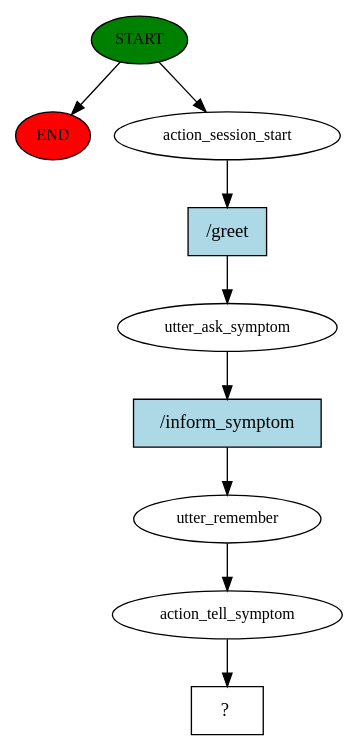
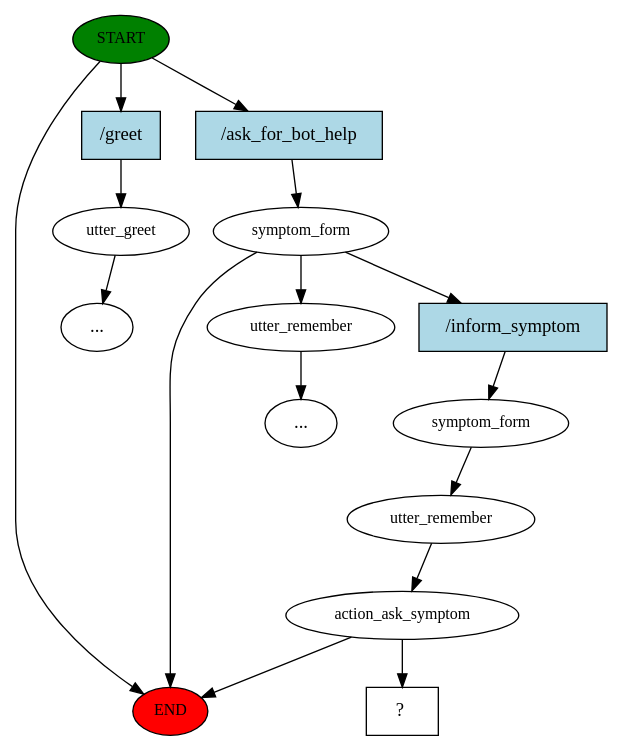
Before and after one commit to khetpatiparn/THAI_MED_BOT: the diagram in story_graph.dot, drawn with Graphviz. The commit also changed 337 other files, not shown here.

```diff
--- a/story_graph.dot
+++ b/story_graph.dot
@@ -1,19 +1,31 @@
 digraph  {
 0 [class="start active", fillcolor=green, fontsize=12, label=START, style=filled];
 "-1" [class=end, fillcolor=red, fontsize=12, label=END, style=filled];
-1 [class=active, fontsize=12, label=action_session_start];
-2 [class=active, fontsize=12, label=utter_ask_symptom];
-3 [class=active, fontsize=12, label=utter_remember];
-4 [class=active, fontsize=12, label=action_tell_symptom];
-5 [class="intent dashed active", label="  ?  ", shape=rect];
-6 [class="intent active", fillcolor=lightblue, label="/greet", shape=rect, style=filled];
-7 [class="intent active", fillcolor=lightblue, label="/inform_symptom", shape=rect, style=filled];
+1 [class="", fontsize=12, label=utter_greet];
+"-5" [class=ellipsis, label="..."];
+4 [class=active, fontsize=12, label=symptom_form];
+5 [class="", fontsize=12, label=utter_remember];
+"-6" [class=ellipsis, label="..."];
+7 [class=active, fontsize=12, label=symptom_form];
+8 [class=active, fontsize=12, label=utter_remember];
+9 [class=active, fontsize=12, label=action_ask_symptom];
+23 [class="intent dashed active", label="  ?  ", shape=rect];
+24 [class=intent, fillcolor=lightblue, label="/greet", shape=rect, style=filled];
+25 [class="intent active", fillcolor=lightblue, label="/ask_for_bot_help", shape=rect, style=filled];
+26 [class="intent active", fillcolor=lightblue, label="/inform_symptom", shape=rect, style=filled];
 0 -> "-1"  [class="", key=NONE, label=""];
-0 -> 1  [class=active, key=NONE, label=""];
-1 -> 6  [class=active, key=0];
-2 -> 7  [class=active, key=0];
-3 -> 4  [class=active, key=NONE, label=""];
-4 -> 5  [class=active, key=NONE, label=""];
-6 -> 2  [class=active, key=0];
-7 -> 3  [class=active, key=0];
+0 -> 24  [class="", key=0];
+0 -> 25  [class=active, key=0];
+1 -> "-5"  [class="", key=NONE, label=""];
+4 -> 5  [class="", key=NONE, label=""];
+4 -> "-1"  [class="", key=NONE, label=""];
+4 -> 26  [class=active, key=0];
+5 -> "-6"  [class="", key=NONE, label=""];
+7 -> 8  [class=active, key=NONE, label=""];
+8 -> 9  [class=active, key=NONE, label=""];
+9 -> "-1"  [class="", key=NONE, label=""];
+9 -> 23  [class=active, key=NONE, label=""];
+24 -> 1  [class="", key=0];
+25 -> 4  [class=active, key=0];
+26 -> 7  [class=active, key=0];
 }
```
